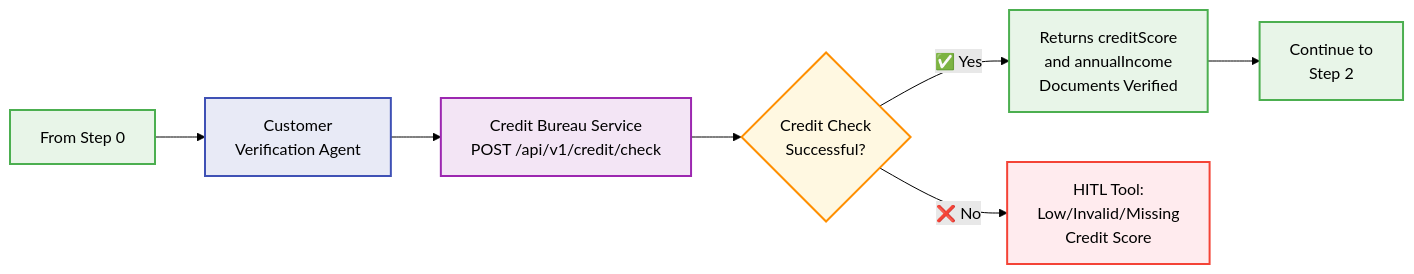
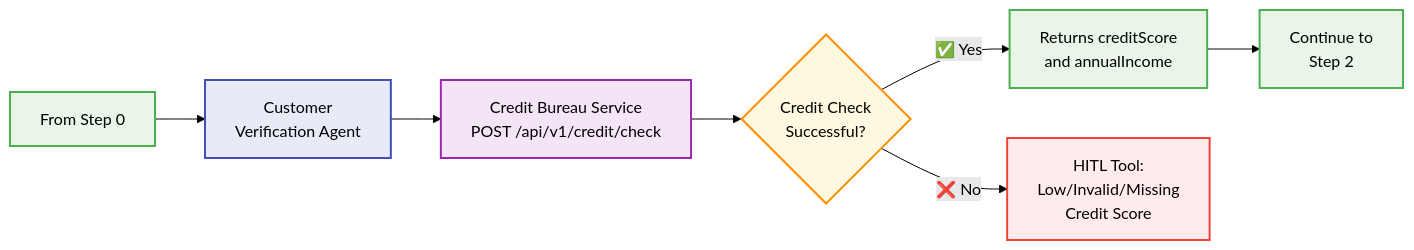
One commit to rjtmahinay/loan-application-demo-docs changed the third of 7 diagrams in DEMO-FLOW.md. Above: the diagram before and after it, drawn with Mermaid (forest theme).

Commit message:
docs: Remove 'Documents Verified' from success message

````diff
--- a/DEMO-FLOW.md
+++ b/DEMO-FLOW.md
@@ -55,25 +55,25 @@
 ```mermaid
 flowchart LR
     PrevStep[From Step 0] --> CVA[Customer<br/>Verification Agent]
     CVA --> Credit_API[Credit Bureau Service<br/>POST /api/v1/credit/check]
     
     Credit_API --> Credit_Success{Credit Check<br/>Successful?}
-    Credit_Success -->|✅ Yes| Success[Returns creditScore<br/>and annualIncome<br/>Documents Verified]
+    Credit_Success -->|✅ Yes| Success[Returns creditScore<br/>and annualIncome<br/>]
     Credit_Success -->|❌ No| HITL_Credit[HITL Tool:<br/>Low/Invalid/Missing<br/>Credit Score]
     
     Success --> NextStep[Continue to<br/>Step 2]
     
     %% Styling
     classDef agent fill:#e8eaf6,stroke:#3f51b5,stroke-width:2px,color:#000000
     classDef api fill:#f3e5f5,stroke:#9c27b0,stroke-width:2px,color:#000000
     classDef decision fill:#fff8e1,stroke:#ff8f00,stroke-width:2px,color:#000000
     classDef success fill:#e8f5e8,stroke:#4caf50,stroke-width:2px,color:#000000
     classDef failure fill:#ffebee,stroke:#f44336,stroke-width:2px,color:#000000
     classDef process fill:#e3f2fd,stroke:#2196f3,stroke-width:2px,color:#000000
     
     class CVA agent
     class Credit_API api
     class Credit_Success decision
     class Success,NextStep,PrevStep success
     class HITL_Credit failure
 ```
````
